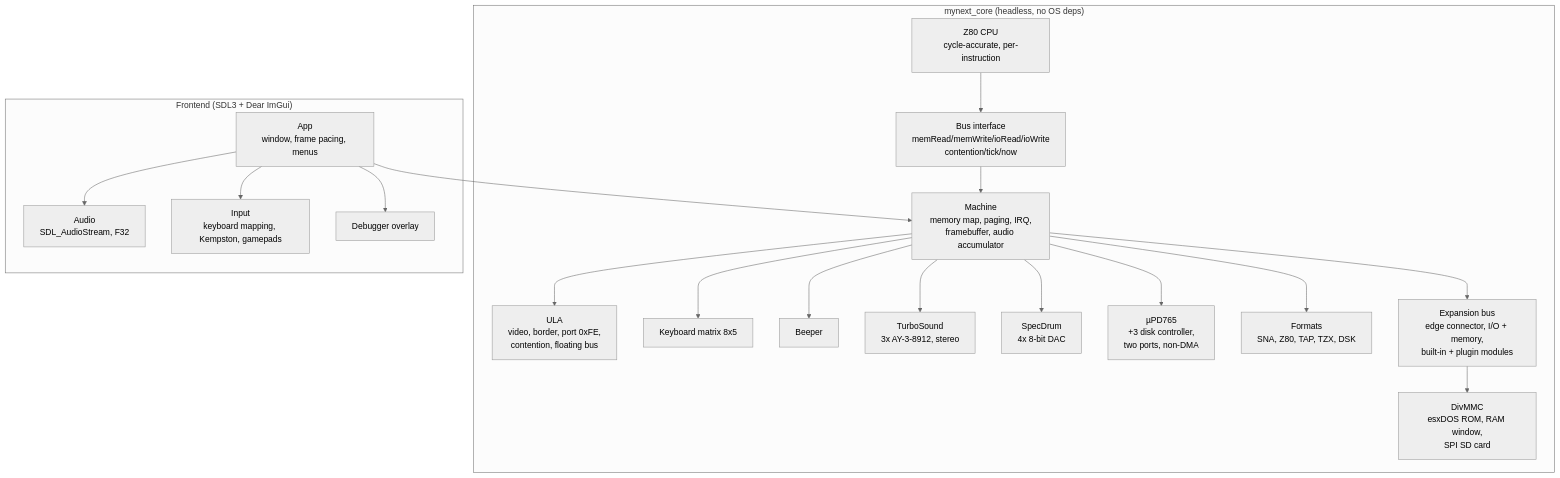
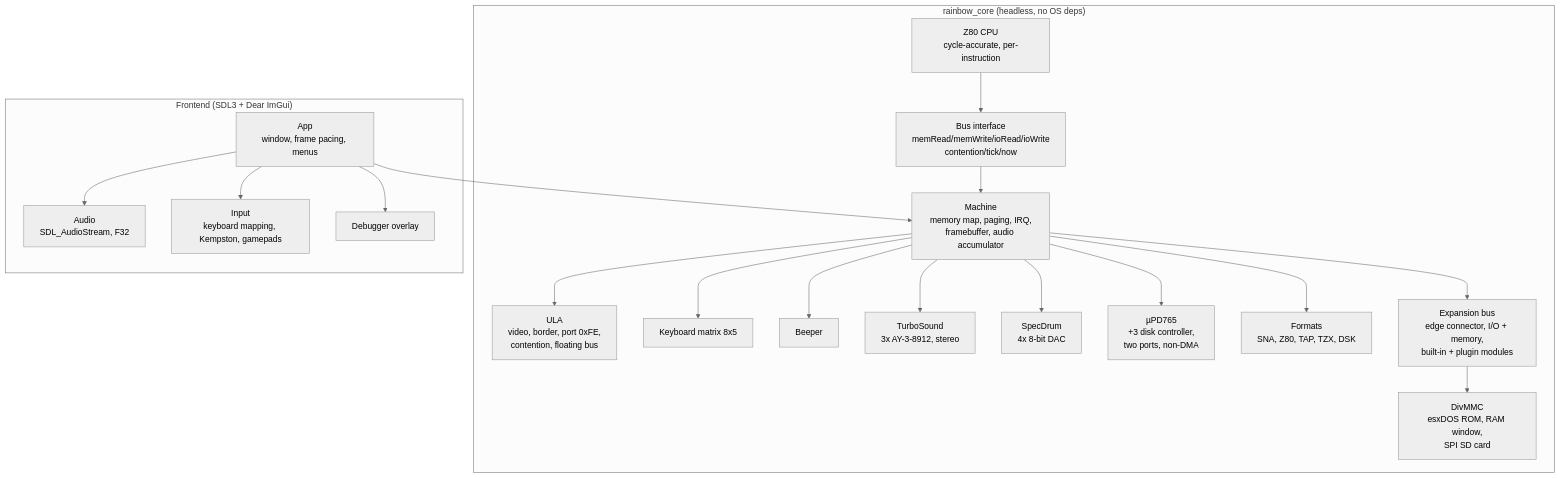
One commit to DruzhininPavel/RainbowNext changed the diagram in docs/ARCHITECTURE.md. Above: the diagram before and after it, drawn with Mermaid (neutral theme). The commit also changed other lines of this file and 103 other files, not shown here.

First line of the commit message:
Move the SD card into the core and rename the project to RainbowNext

````diff
--- a/docs/ARCHITECTURE.md
+++ b/docs/ARCHITECTURE.md
@@ -7,40 +7,40 @@
 ```mermaid
 flowchart TD
-    subgraph core["mynext_core (headless, no OS deps)"]
+    subgraph core["rainbow_core (headless, no OS deps)"]
         Z80["Z80 CPU<br/>cycle-accurate, per-instruction"]
         BUS["Bus interface<br/>memRead/memWrite/ioRead/ioWrite<br/>contention/tick/now"]
         ULA["ULA<br/>video, border, port 0xFE,<br/>contention, floating bus"]
         KBD["Keyboard matrix 8x5"]
         BEEP["Beeper"]
         MACH["Machine<br/>memory map, paging, IRQ,<br/>framebuffer, audio accumulator"]
         AY["TurboSound<br/>3x AY-3-8912, stereo"]
         DAC["SpecDrum<br/>4x 8-bit DAC"]
         FDC["µPD765<br/>+3 disk controller,<br/>two ports, non-DMA"]
         FMT["Formats<br/>SNA, Z80, TAP, TZX, DSK"]
         EXP["Expansion bus<br/>edge connector, I/O + memory,<br/>built-in + plugin modules"]
         MMC["DivMMC<br/>esxDOS ROM, RAM window,<br/>SPI SD card"]
     end
 
     subgraph host["Frontend (SDL3 + Dear ImGui)"]
         APP["App<br/>window, frame pacing, menus"]
         AUD["Audio<br/>SDL_AudioStream, F32"]
         INP["Input<br/>keyboard mapping, Kempston, gamepads"]
         DBG["Debugger overlay"]
     end
 
     Z80 --> BUS
     BUS --> MACH
     MACH --> ULA
     MACH --> KBD
     MACH --> BEEP
     MACH --> AY
     MACH --> DAC
     MACH --> FDC
     MACH --> FMT
     MACH --> EXP
     EXP --> MMC
     APP --> MACH
     APP --> AUD
     APP --> INP
     APP --> DBG
 ```
````
